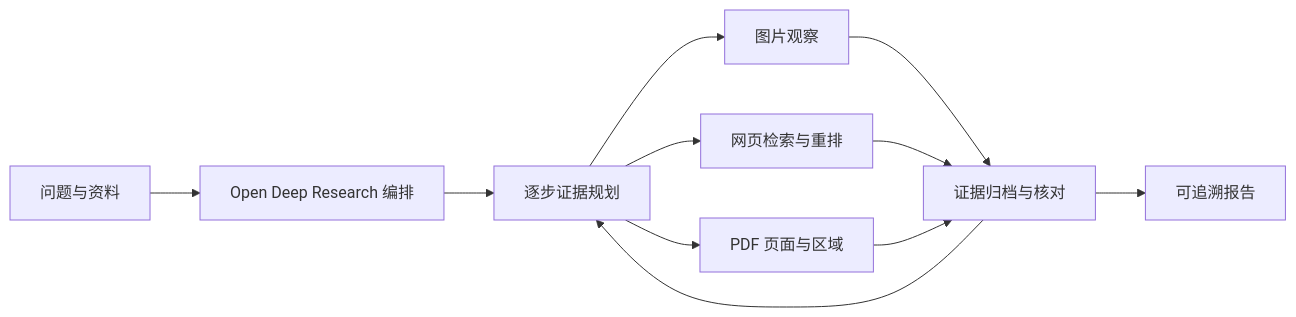
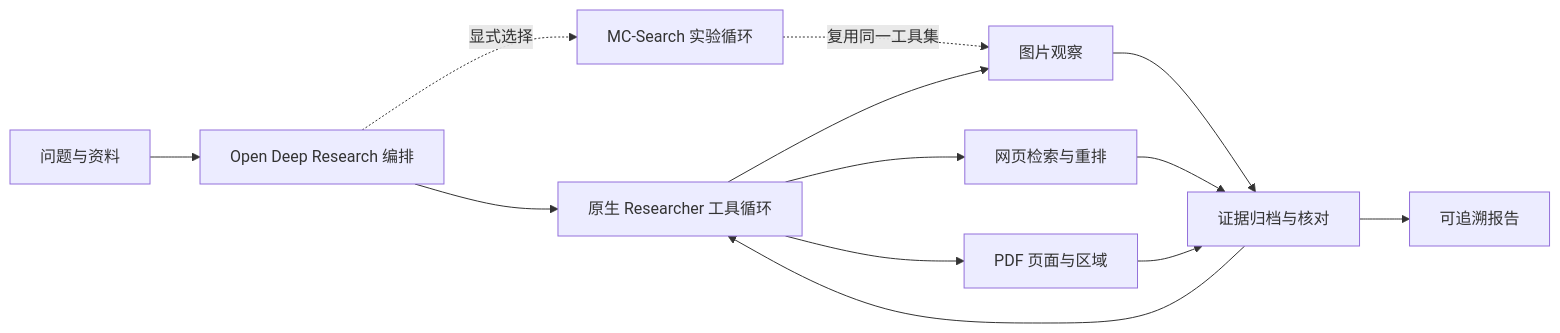
The diagram in README.md (xyl-0216/prism-research), drawn with Mermaid before and after one commit. The commit also changed other lines of this file and 48 other files, not shown here.

````diff
--- a/README.md
+++ b/README.md
@@ -56,13 +74,15 @@
 ```mermaid
 flowchart LR
   A[问题与资料] --> B[Open Deep Research 编排]
-  B --> C[逐步证据规划]
+  B --> C[原生 Researcher 工具循环]
+  B -. 显式选择 .-> X[MC-Search 实验循环]
+  X -. 复用同一工具集 .-> D
   C --> D[图片观察]
   C --> E[网页检索与重排]
   C --> F[PDF 页面与区域]
   D --> G[证据归档与核对]
   E --> G
   F --> G
   G --> C
   G --> H[可追溯报告]
 ```
````
